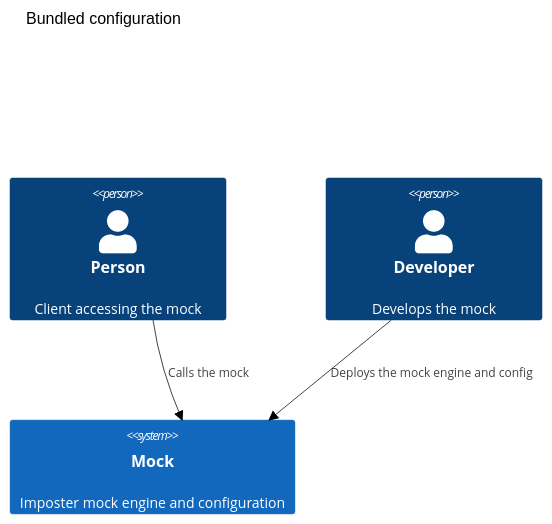
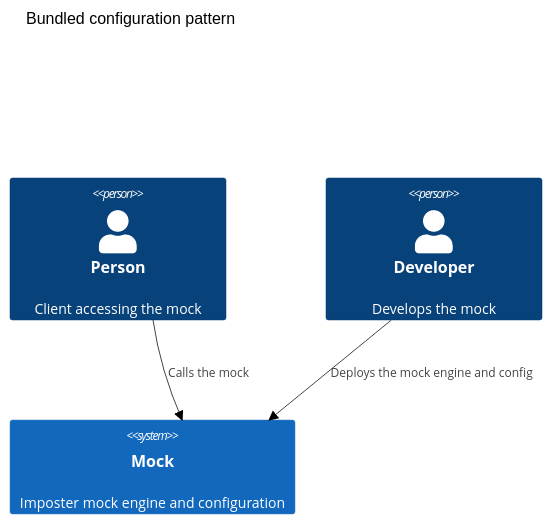
Before and after one commit to outofcoffee/imposter: the second of 2 diagrams in docs/deployment_patterns.md, drawn with Mermaid (neutral theme). The commit also changed other lines of this file and 3 other files, not shown here.

````diff
--- a/docs/deployment_patterns.md
+++ b/docs/deployment_patterns.md
@@ -44,14 +44,14 @@
 ```mermaid
 C4Context
 
-title Bundled configuration
+title Bundled configuration pattern
 
 Person(client, "Person", "Client accessing the mock")
 Person(developer, "Developer", "Develops the mock")
 System(mock, "Mock", "Imposter mock engine and configuration")
 
 Rel(developer, mock, "Deploys the mock engine and config")
 Rel(client, mock, "Calls the mock")
 
 UpdateLayoutConfig($c4ShapeInRow="2", $c4BoundaryInRow="1")
 ```
````
